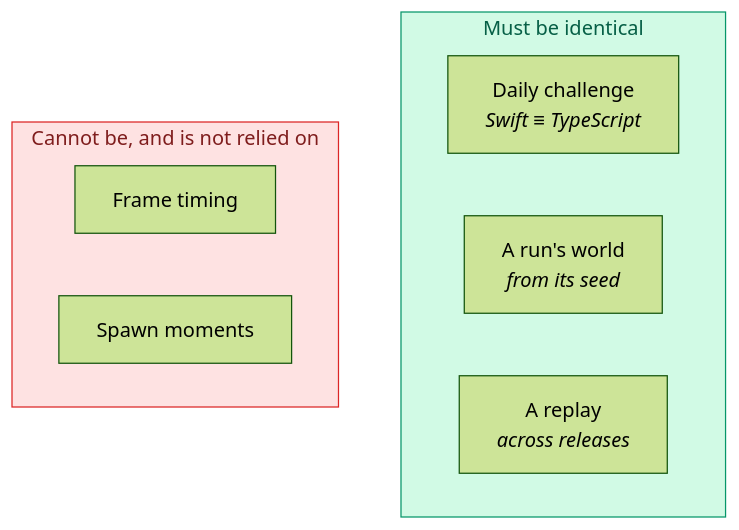
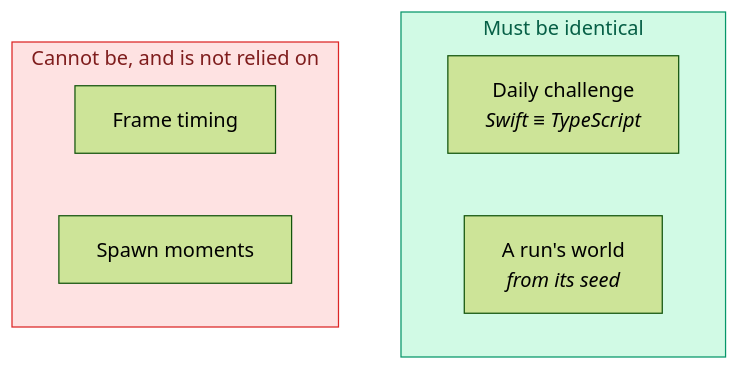
Before and after one commit to hoangsonww/Flappy-Bird-Game: the first of 5 diagrams in docs/DETERMINISM.md, drawn with Mermaid (forest theme). The commit also changed other lines of this file and 43 other files, not shown here.

````diff
--- a/docs/DETERMINISM.md
+++ b/docs/DETERMINISM.md
@@ -12,16 +12,15 @@
 ```mermaid
 flowchart TB
     subgraph Must["Must be identical"]
         D["Daily challenge<br/><i>Swift ≡ TypeScript</i>"]
         W["A run's world<br/><i>from its seed</i>"]
-        R["A replay<br/><i>across releases</i>"]
     end
 
     subgraph Cannot["Cannot be, and is not relied on"]
         F["Frame timing"]
         S["Spawn moments"]
     end
 
     style Must fill:#d1fae5,stroke:#059669,color:#065f46
     style Cannot fill:#fee2e2,stroke:#dc2626,color:#7f1d1d
 ```
````
